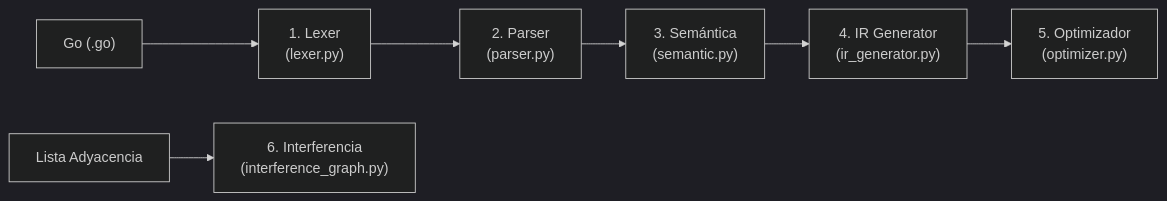
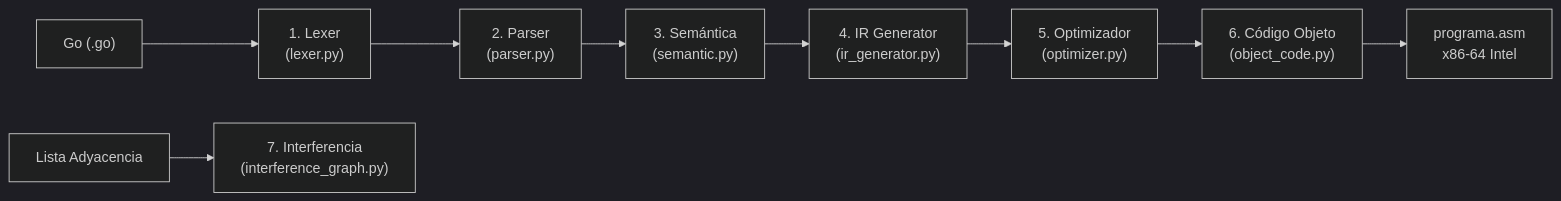
One commit to JorgeLR0610/lexical_analyzer changed the diagram in AGENTS.md. Above: the diagram before and after it, drawn with Mermaid (dark theme). The commit also changed other lines of this file and 14 other files, not shown here.

````diff
--- a/AGENTS.md
+++ b/AGENTS.md
@@ -46,10 +50,12 @@
 ```mermaid
 flowchart LR
     Go["Go (.go)"] --> Lexer["1. Lexer\n(lexer.py)"]
     Lexer --> Parser["2. Parser\n(parser.py)"]
     Parser --> Sem["3. Semántica\n(semantic.py)"]
     Sem --> IR["4. IR Generator\n(ir_generator.py)"]
     IR --> Opt["5. Optimizador\n(optimizer.py)"]
+    Opt --> Obj["6. Código Objeto\n(object_code.py)"]
+    Obj --> Asm["programa.asm\nx86-64 Intel"]
     
-    Adj["Lista Adyacencia"] --> Interf["6. Interferencia\n(interference_graph.py)"]
+    Adj["Lista Adyacencia"] --> Interf["7. Interferencia\n(interference_graph.py)"]
 ```
````
